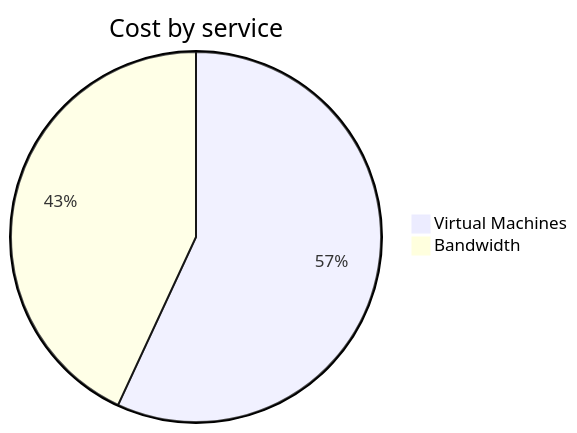
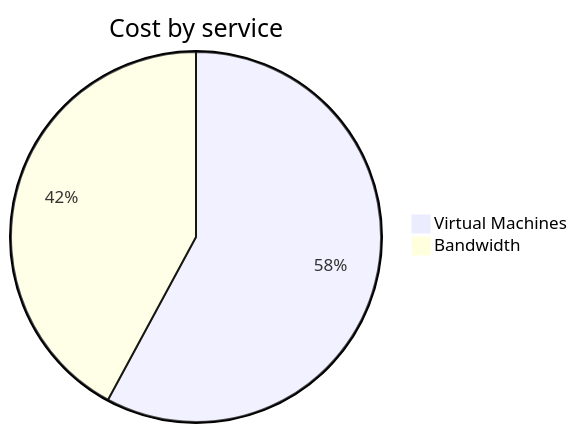
The second of 4 diagrams in cost-reports/personal-network/vpn-server.md (jpfulton/azure-personal-reports), drawn with Mermaid before and after one commit. The commit also changed other lines of this file and 8 other files, not shown here.

````diff
--- a/cost-reports/personal-network/vpn-server.md
+++ b/cost-reports/personal-network/vpn-server.md
@@ -96,6 +96,6 @@
 ```mermaid
 pie
    title Cost by service
-   "Virtual Machines" : 3.58
-   "Bandwidth" : 2.71
+   "Virtual Machines" : 3.78
+   "Bandwidth" : 2.75
 ```
````
